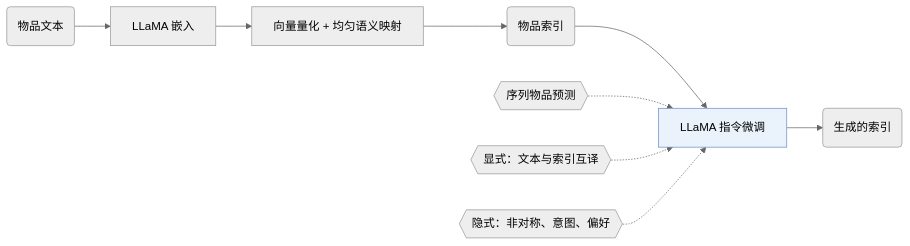
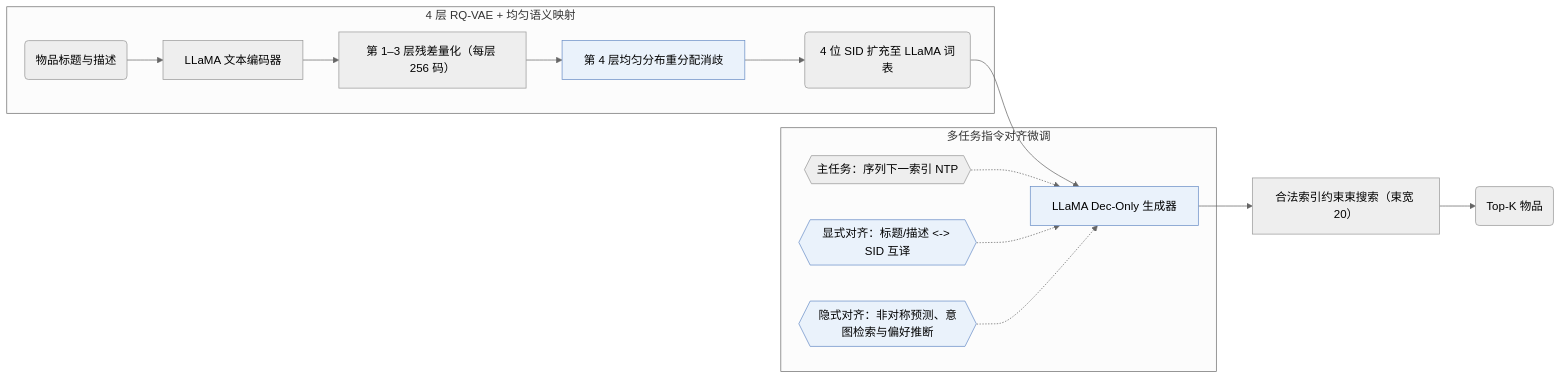
Before and after one commit to Galaxy-ghost/Awesome-SID-Generative-Rec: the diagram in notes/zh/lc-rec.md, drawn with Mermaid (neutral theme). The commit also changed other lines of this file and 649 other files, not shown here.

Commit message:
writer-05: also tags and modality index (schema, check, build, visuals); summary field removed; calibration data for 12 papers

````diff
--- a/notes/zh/lc-rec.md
+++ b/notes/zh/lc-rec.md
@@ -13,12 +14,17 @@
 ```mermaid
 flowchart LR
-    A("物品文本") --> B["LLaMA 嵌入"]
-    B --> C["向量量化 + 均匀语义映射"]
-    C --> D("物品索引")
-    D --> E["LLaMA 指令微调"]:::key
-    L1{{"序列物品预测"}} -.-> E
-    L2{{"显式：文本与索引互译"}} -.-> E
-    L3{{"隐式：非对称、意图、偏好"}} -.-> E
-    E --> F("生成的索引")
+    subgraph Tok["4 层 RQ-VAE + 均匀语义映射"]
+        A("物品标题与描述") --> B["LLaMA 文本编码器"]
+        B --> C["第 1–3 层残差量化（每层 256 码）"]
+        C --> U["第 4 层均匀分布重分配消歧"]:::key
+        U --> D("4 位 SID 扩充至 LLaMA 词表")
+    end
+    subgraph Align["多任务指令对齐微调"]
+        D --> E["LLaMA Dec-Only 生成器"]:::key
+        L1{{"主任务：序列下一索引 NTP"}} -.-> E
+        L2{{"显式对齐：标题/描述 <-> SID 互译"}}:::key -.-> E
+        L3{{"隐式对齐：非对称预测、意图检索与偏好推断"}}:::key -.-> E
+    end
+    E --> G["合法索引约束束搜索（束宽 20）"] --> F("Top-K 物品")
     classDef key fill:#eaf2fb,stroke:#6b8fc7
 ```
````
